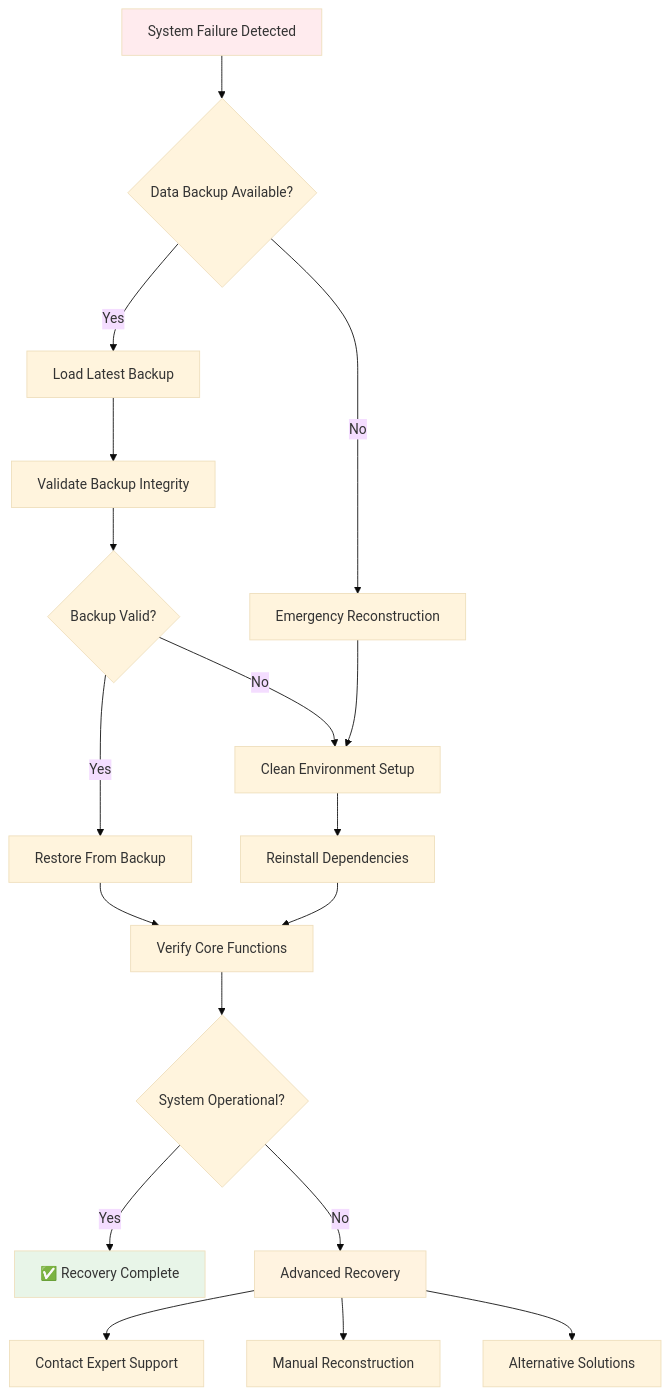
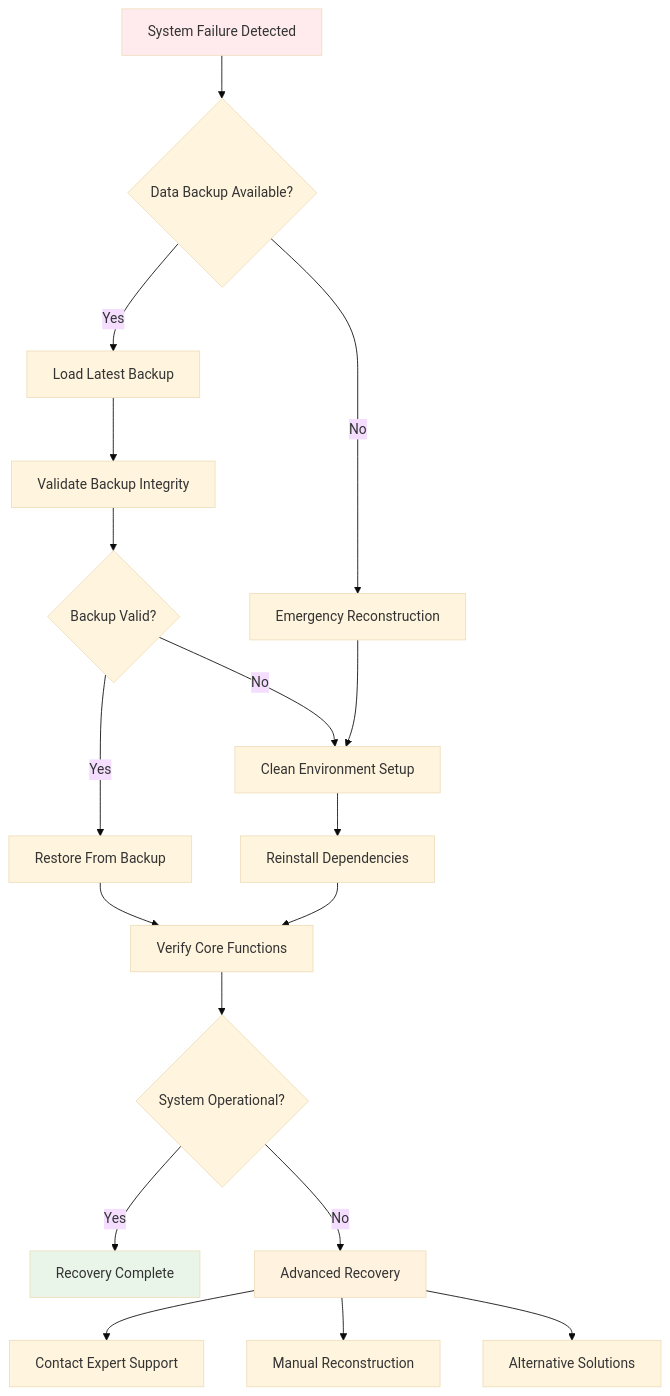
Before and after one commit to paulasilvatech/Design-to-Code-Dev: the second of 2 diagrams in docs/advanced-troubleshooting-guide.md, drawn with Mermaid (base theme). The commit also changed other lines of this file and 4 other files, not shown here.

````diff
--- a/docs/advanced-troubleshooting-guide.md
+++ b/docs/advanced-troubleshooting-guide.md
@@ -1161,30 +1161,30 @@
 ```mermaid
 graph TD
     A[System Failure Detected] --> B{Data Backup Available?}
     
     B -->|Yes| C[Load Latest Backup]
     B -->|No| D[Emergency Reconstruction]
     
     C --> E[Validate Backup Integrity]
     D --> F[Clean Environment Setup]
     
     E --> G{Backup Valid?}
     G -->|Yes| H[Restore From Backup]
     G -->|No| F
     
     F --> I[Reinstall Dependencies]
     H --> J[Verify Core Functions]
     I --> J
     
     J --> K{System Operational?}
-    K -->|Yes| L[✅ Recovery Complete]
+    K -->|Yes| L[Recovery Complete]
     K -->|No| M[Advanced Recovery]
     
     M --> N[Contact Expert Support]
     M --> O[Manual Reconstruction]
     M --> P[Alternative Solutions]
     
     style A fill:#ffebee
     style L fill:#e8f5e8
     style M fill:#fff3e0
 ```
````
